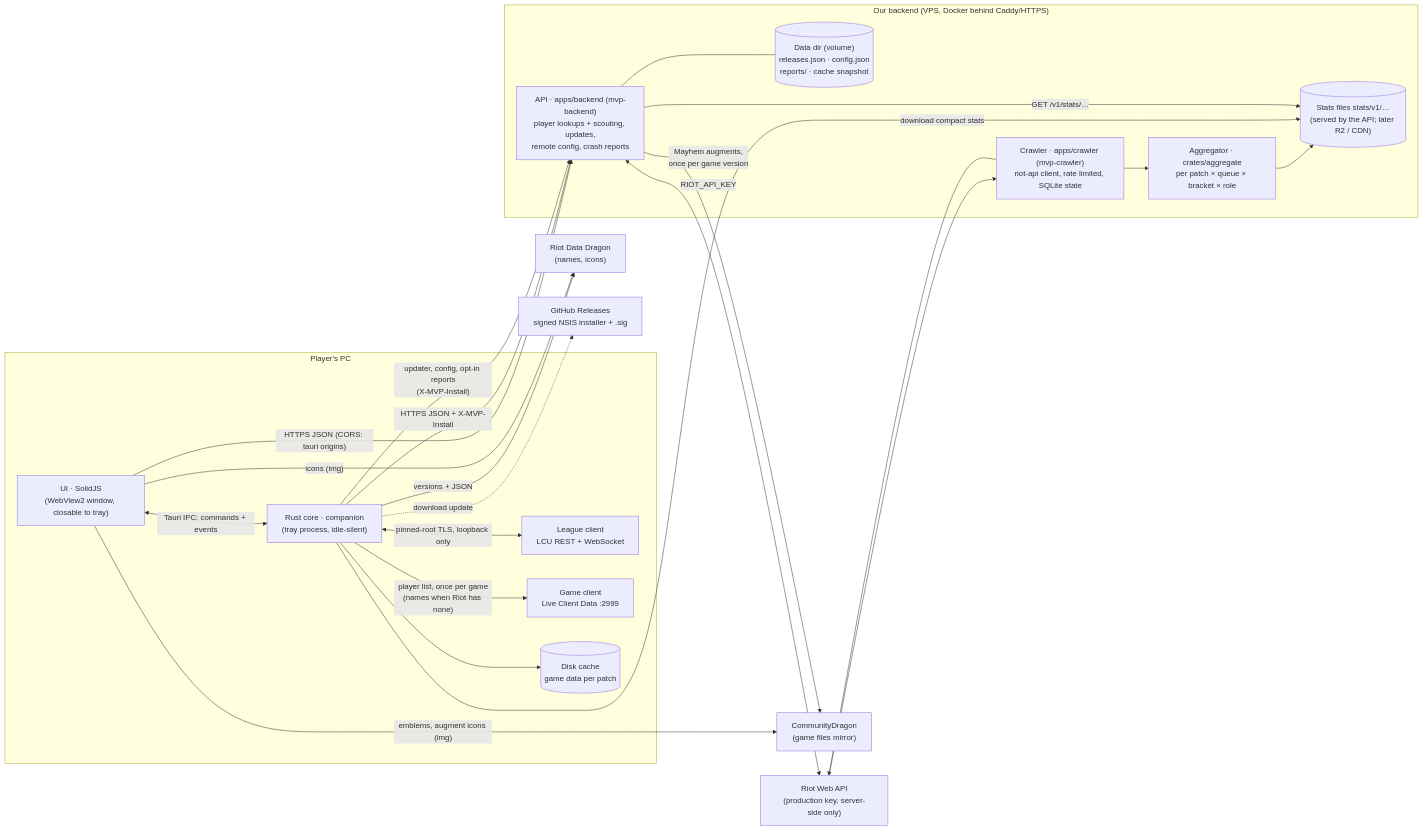
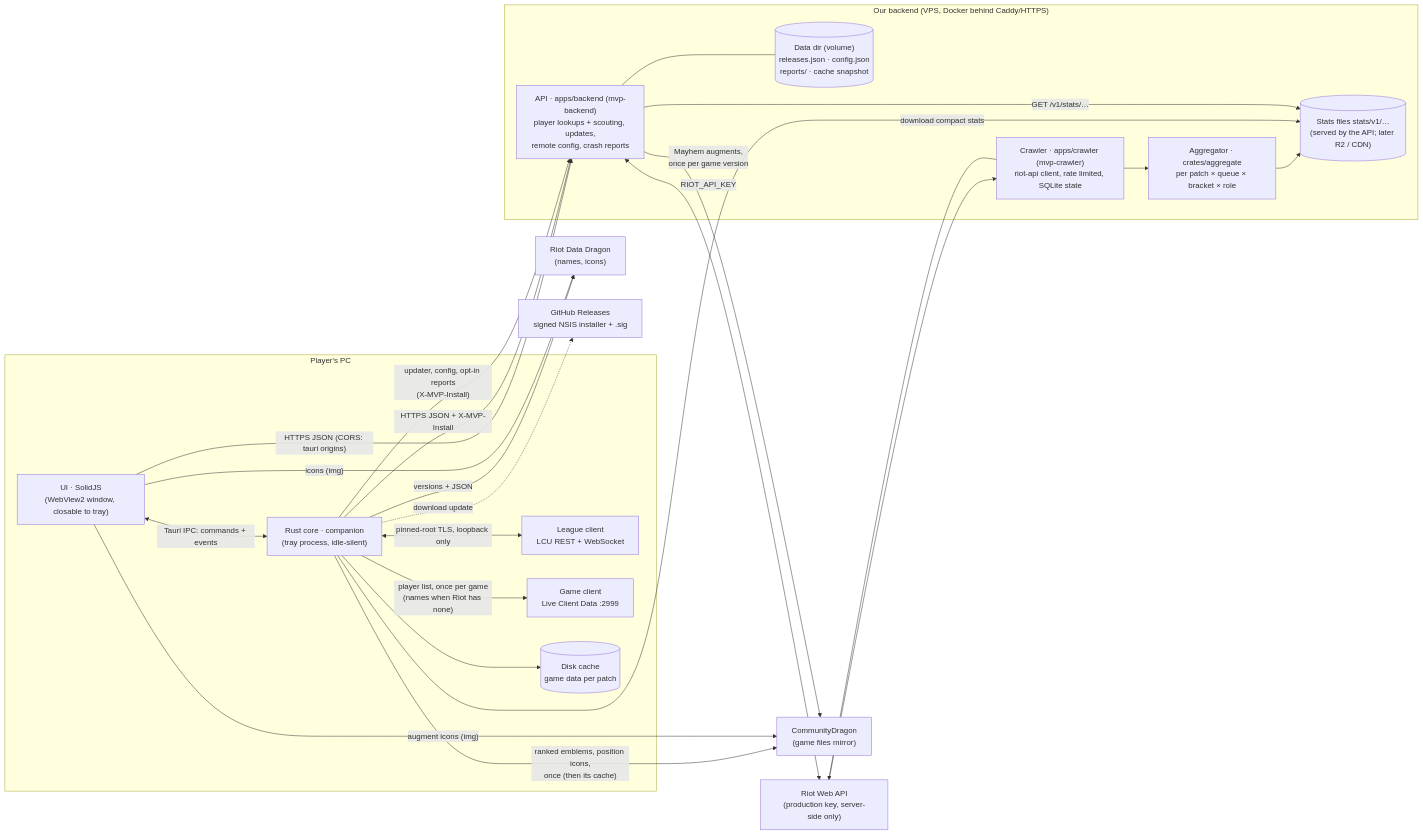
Before and after one commit to Filmoo/MVP: the diagram in docs/architecture.md, drawn with Mermaid. The commit also changed other lines of this file and 51 other files, not shown here.

````diff
--- a/docs/architecture.md
+++ b/docs/architecture.md
@@ -3,42 +3,43 @@
 ```mermaid
 flowchart LR
   subgraph PC["Player's PC"]
     UI["UI · SolidJS<br/>(WebView2 window, closable to tray)"]
     Core["Rust core · companion<br/>(tray process, idle-silent)"]
     LCU["League client<br/>LCU REST + WebSocket"]
     Game["Game client<br/>Live Client Data :2999"]
     Cache[("Disk cache<br/>game data per patch")]
   end
   DD["Riot Data Dragon<br/>(names, icons)"]
   CD["CommunityDragon<br/>(game files mirror)"]
   subgraph Server["Our backend (VPS, Docker behind Caddy/HTTPS)"]
     Api["API · apps/backend (mvp-backend)<br/>player lookups + scouting, updates,<br/>remote config, crash reports"]
     Data[("Data dir (volume)<br/>releases.json · config.json<br/>reports/ · cache snapshot")]
     Crawler["Crawler · apps/crawler (mvp-crawler)<br/>riot-api client, rate limited, SQLite state"]
     Agg["Aggregator · crates/aggregate<br/>per patch × queue × bracket × role"]
     Files[("Stats files stats/v1/…<br/>(served by the API; later R2 / CDN)")]
   end
   Riot["Riot Web API<br/>(production key, server-side only)"]
 
   UI <-- "Tauri IPC: commands + events" --> Core
   Core <-- "pinned-root TLS, loopback only" --> LCU
   Core -- "player list, once per game<br/>(names when Riot has none)" --> Game
   Core --> Cache
   Core -- "versions + JSON" --> DD
   UI -- "icons (img)" --> DD
-  UI -- "emblems, augment icons (img)" --> CD
+  Core -- "ranked emblems, position icons,<br/>once (then its cache)" --> CD
+  UI -- "augment icons (img)" --> CD
   Api -- "Mayhem augments,<br/>once per game version" --> CD
   Api <-- "RIOT_API_KEY" --> Riot
   Crawler --> Riot --> Crawler
   Crawler --> Agg --> Files
   Core -- "download compact stats" --> Files
   Api -- "GET /v1/stats/…" --> Files
   UI -- "HTTPS JSON (CORS: tauri origins)" --> Api
 
   Core -- "HTTPS JSON + X-MVP-Install" --> Api
 
   Core -- "updater, config, opt-in reports<br/>(X-MVP-Install)" --> Api
   Api --- Data
   GH["GitHub Releases<br/>signed NSIS installer + .sig"]
   Core -. "download update" .-> GH
 ```
````
